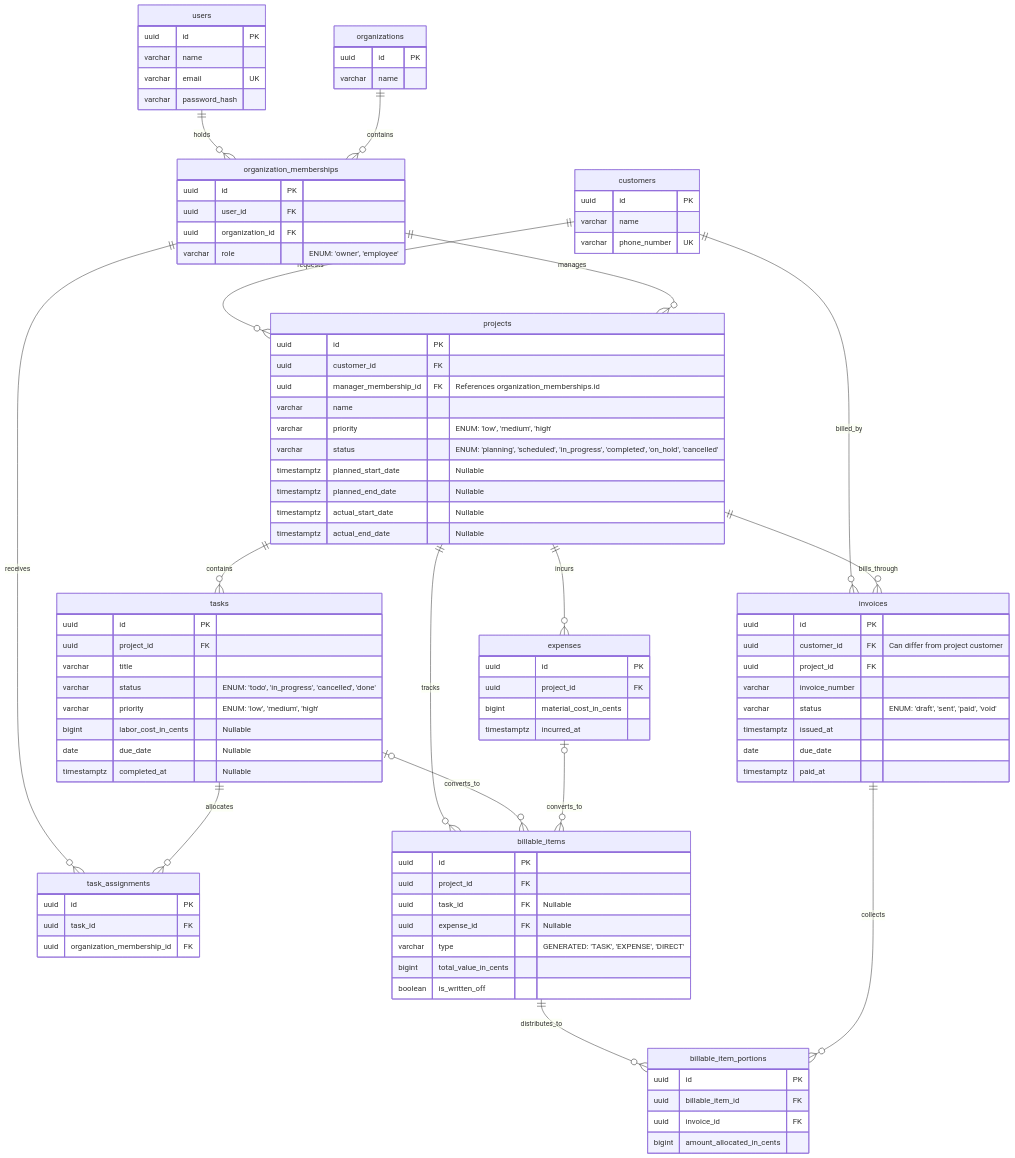
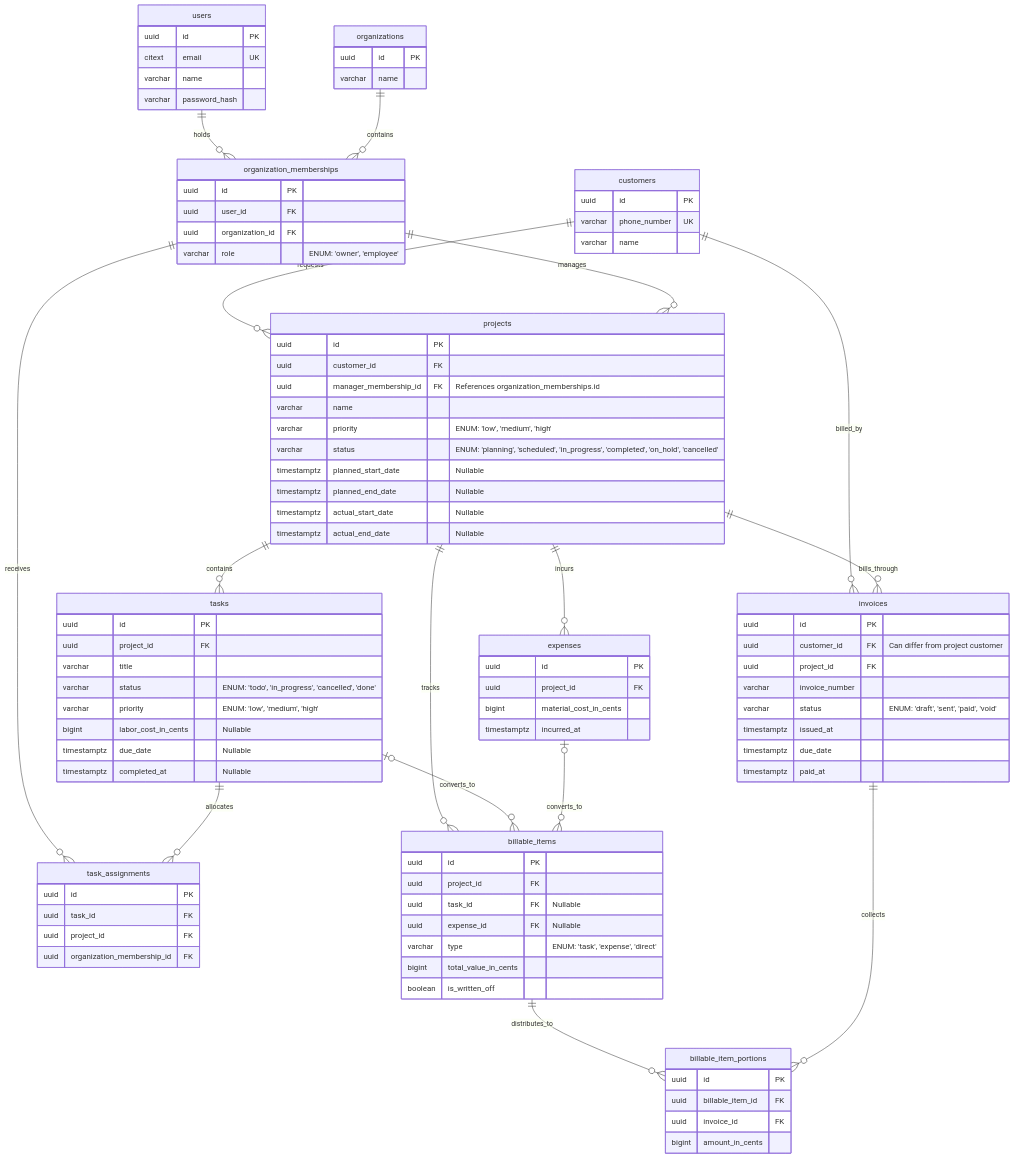
The diagram in docs/database.md (mauriciobarda/service-tenant-erp), drawn with Mermaid before and after one commit. The commit also changed other lines of this file and 2 other files, not shown here.

Commit message:
feat(db): add Prisma schema and align documentation

```diff
--- a/docs/database.md
+++ b/docs/database.md
@@ -36,8 +53,8 @@
 erDiagram
     users {
         uuid id PK
+        citext email UK
         varchar name
-        varchar email UK
         varchar password_hash
     }
 
@@ -55,8 +72,8 @@
 
     customers {
         uuid id PK
+        varchar phone_number UK
         varchar name
-        varchar phone_number UK
     }
 
     projects {
@@ -79,13 +96,14 @@
         varchar status "ENUM: 'todo', 'in_progress', 'cancelled', 'done'"
         varchar priority "ENUM: 'low', 'medium', 'high'"
         bigint labor_cost_in_cents "Nullable"
-        date due_date "Nullable"
+        timestamptz due_date "Nullable"
         timestamptz completed_at "Nullable"
     }
 
     task_assignments {
         uuid id PK
         uuid task_id FK
+        uuid project_id FK
         uuid organization_membership_id FK
     }
 
@@ -101,16 +119,9 @@
         uuid project_id FK
         uuid task_id FK "Nullable"
         uuid expense_id FK "Nullable"
-        varchar type "GENERATED: 'TASK', 'EXPENSE', 'DIRECT'"
+        varchar type "ENUM: 'task', 'expense', 'direct'"
         bigint total_value_in_cents
         boolean is_written_off
-    }
-
-    billable_item_portions {
-        uuid id PK
-        uuid billable_item_id FK
-        uuid invoice_id FK
-        bigint amount_allocated_in_cents
     }
 
     invoices {
@@ -120,8 +131,15 @@
         varchar invoice_number
         varchar status "ENUM: 'draft', 'sent', 'paid', 'void'"
         timestamptz issued_at
-        date due_date
+        timestamptz due_date
         timestamptz paid_at
+    }
+
+    billable_item_portions {
+        uuid id PK
+        uuid billable_item_id FK
+        uuid invoice_id FK
+        bigint amount_in_cents
     }
 
     %% Authentication & Workspace Access Boundaries
```
